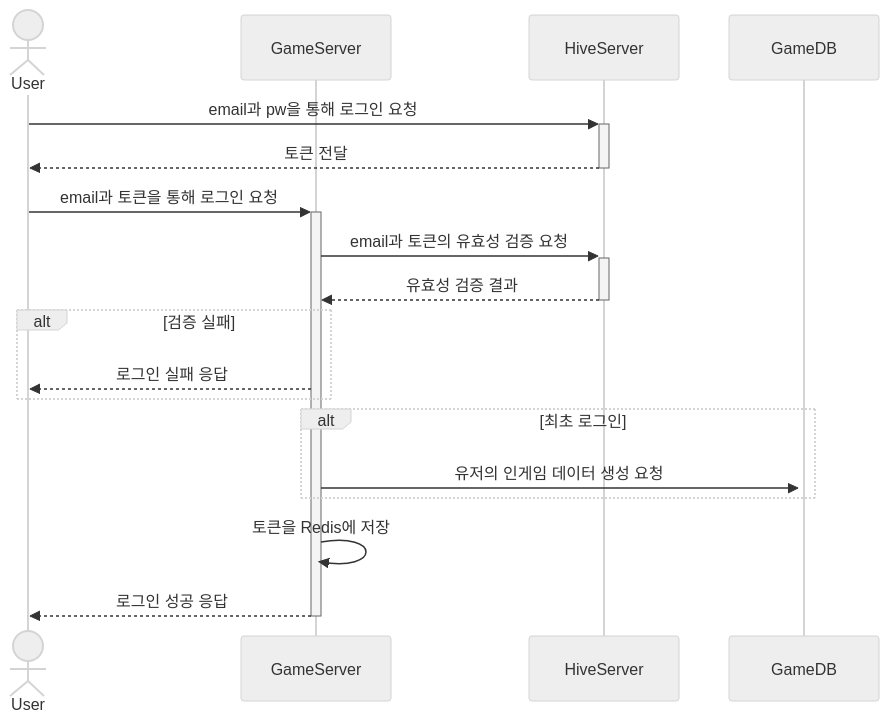
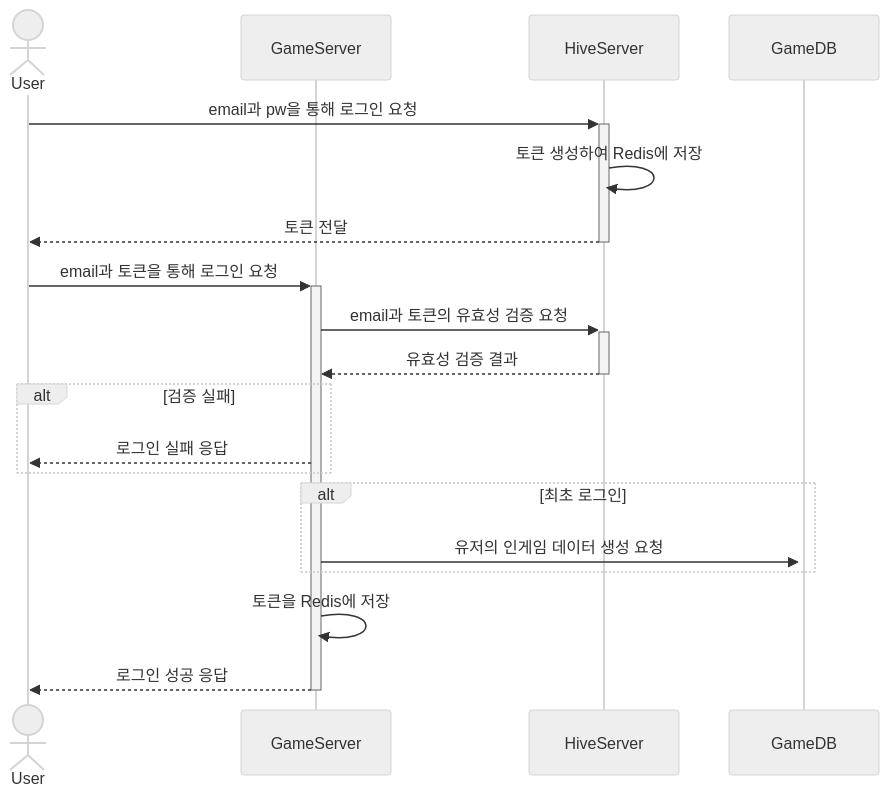
The first of 2 diagrams in SequenceDiagram.md (grace7040/Online-Omok-Server), drawn with Mermaid (neutral theme) before and after one commit.

Commit message:
Docs: Sequence Diagram 수정

````diff
--- a/SequenceDiagram.md
+++ b/SequenceDiagram.md
@@ -2,21 +2,22 @@
 ```mermaid
 sequenceDiagram
     actor User
     participant GameServer
     participant HiveServer
     participant GameDB
 
     User->>+HiveServer: email과 pw을 통해 로그인 요청
+    HiveServer->>HiveServer: 토큰 생성하여 Redis에 저장
     HiveServer-->>-User: 토큰 전달
     User->>+GameServer: email과 토큰을 통해 로그인 요청
     GameServer->>+HiveServer: email과 토큰의 유효성 검증 요청
     HiveServer-->>-GameServer: 유효성 검증 결과
     alt 검증 실패
         GameServer-->>User: 로그인 실패 응답
     end
     alt 최초 로그인
         GameServer->>+GameDB: 유저의 인게임 데이터 생성 요청
     end
     GameServer->>GameServer: 토큰을 Redis에 저장
     GameServer-->>-User: 로그인 성공 응답
 ```
````
